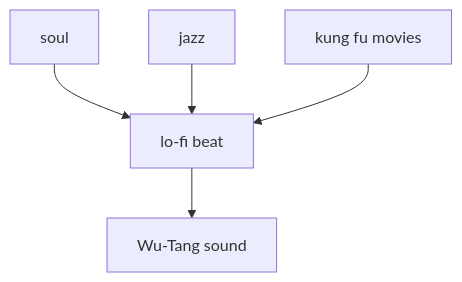
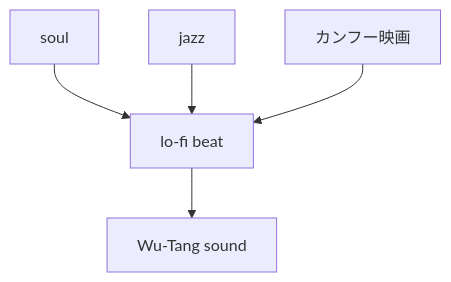
Before and after one commit to monumental-movement/monumental-movement.github.io: the fourth of 10 diagrams in en/_posts/2026-07-02-column-influential-album-04.md, drawn with Mermaid. The commit also changed other lines of this file and 1012 other files, not shown here.

```diff
--- a/en/_posts/2026-07-02-column-influential-album-04.md
+++ b/en/_posts/2026-07-02-column-influential-album-04.md
@@ -426,14 +426,14 @@
 <div class="mermaid">
 flowchart TD
 A[soul]
 B[jazz]
-C[kung fu movies]
+C[カンフー映画]
 D[lo-fi beat]
 E[Wu-Tang sound]
 
 A --> D
 B --> D
 C --> D
 D --> E
 
 </div>
```
